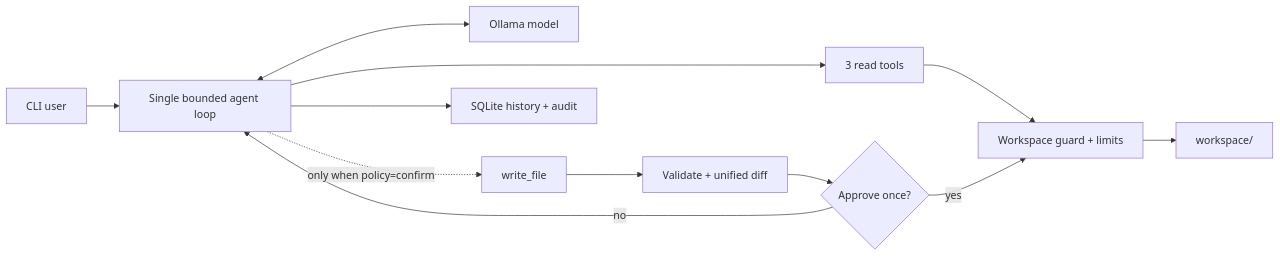
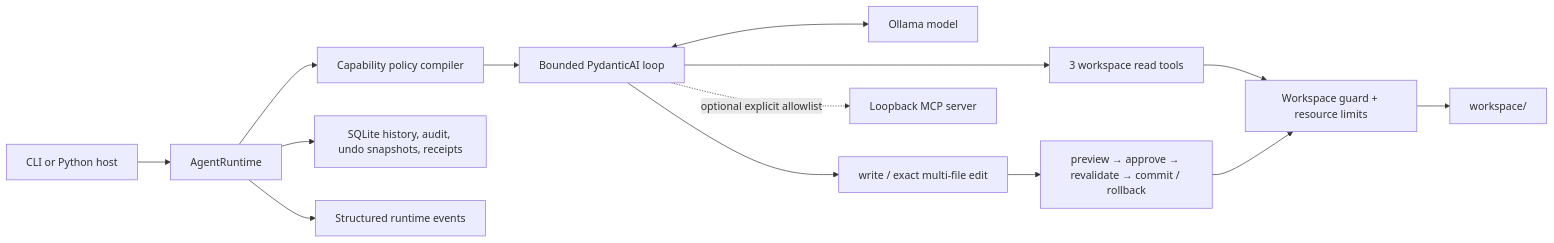
The diagram in README.md (MuzeAnisichael/minimal-local-agent), drawn with Mermaid before and after one commit. The commit also changed other lines of this file and 30 other files, not shown here.

````diff
--- a/README.md
+++ b/README.md
@@ -138,14 +123,16 @@
 ```mermaid
 flowchart LR
-    User["CLI user"] --> Loop["Single bounded agent loop"]
+    User["CLI or Python host"] --> Runtime["AgentRuntime"]
+    Runtime --> Policy["Capability policy compiler"]
+    Policy --> Loop["Bounded PydanticAI loop"]
     Loop <--> Model["Ollama model"]
-    Loop --> Read["3 read tools"]
-    Loop -. "only when policy=confirm" .-> Write["write_file"]
-    Read --> Guard["Workspace guard + limits"]
-    Write --> Preview["Validate + unified diff"]
-    Preview --> Approval{"Approve once?"}
-    Approval -->|yes| Guard
-    Approval -->|no| Loop
+    Loop --> Read["3 workspace read tools"]
+    Loop --> Mutate["write / exact multi-file edit"]
+    Mutate --> Tx["preview → approve → revalidate → commit / rollback"]
+    Read --> Guard["Workspace guard + resource limits"]
+    Tx --> Guard
     Guard --> Files["workspace/"]
-    Loop --> Store["SQLite history + audit"]
+    Loop -. "optional explicit allowlist" .-> MCP["Loopback MCP server"]
+    Runtime --> Store["SQLite history, audit, undo snapshots, receipts"]
+    Runtime --> Events["Structured runtime events"]
 ```
````
